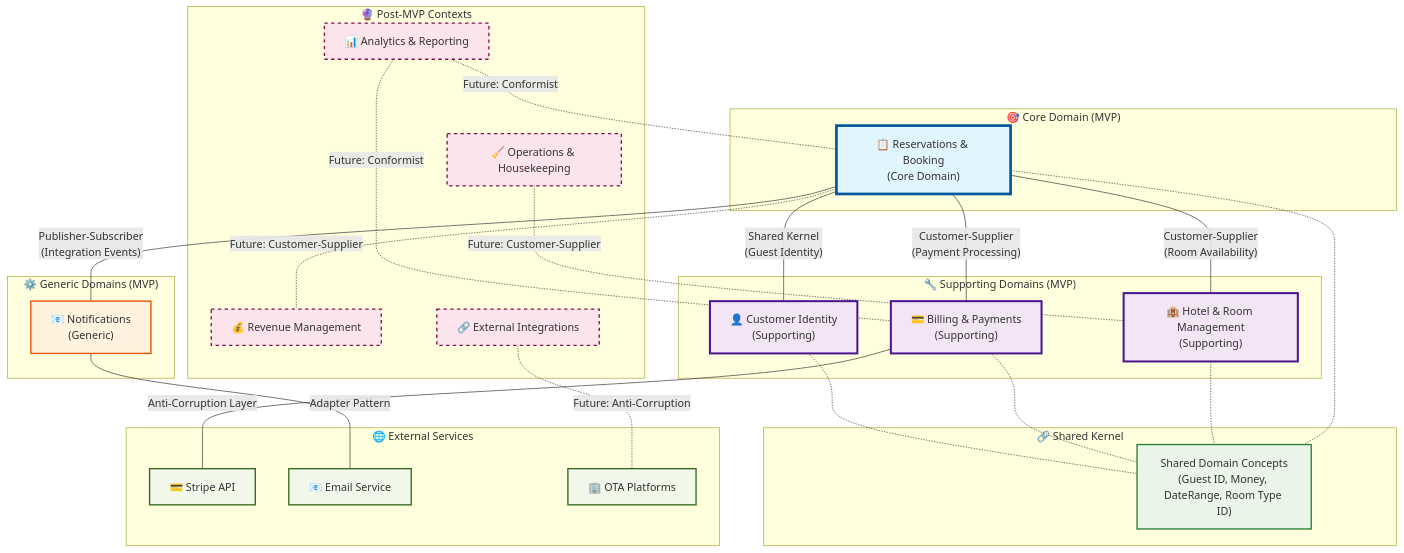
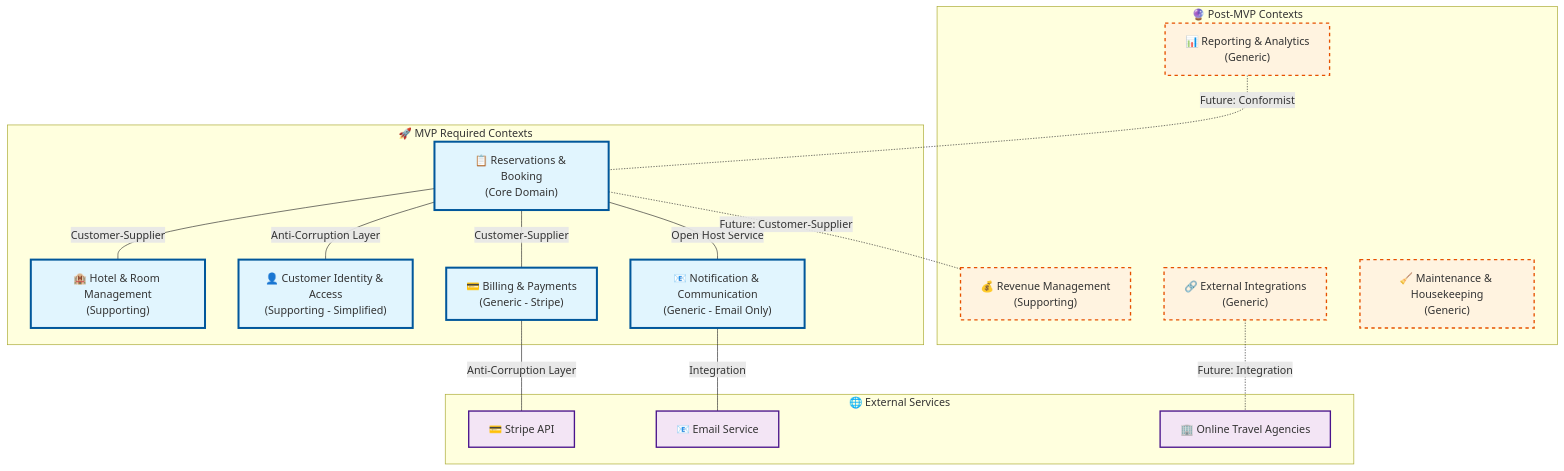
One commit to boonyarit-iamsaard/hotel-booking-system changed the diagram in docs/architecture/01-strategic-design.md. Above: the diagram before and after it, drawn with Mermaid. The commit also changed other lines of this file and 7 other files, not shown here.

Commit message:
docs: rewrite architecture docs

````diff
--- a/docs/architecture/01-strategic-design.md
+++ b/docs/architecture/01-strategic-design.md
@@ -107,77 +108,47 @@
 ```mermaid
 graph TB
-    %% Core Domain
-    subgraph "🎯 Core Domain (MVP)"
-        RES["📋 Reservations & Booking<br/>(Core Domain)"]
-    end
-
-    %% Supporting Domains
-    subgraph "🔧 Supporting Domains (MVP)"
-        INV["🏨 Hotel & Room Management<br/>(Supporting)"]
-        BILL["💳 Billing & Payments<br/>(Supporting)"]
-        GUEST["👤 Customer Identity<br/>(Supporting)"]
-    end
-
-    %% Generic Domains
-    subgraph "⚙️ Generic Domains (MVP)"
-        NOTIF["📧 Notifications<br/>(Generic)"]
-    end
-
-    %% Shared Kernel
-    subgraph "🔗 Shared Kernel"
-        SHARED["Shared Domain Concepts<br/>(Guest ID, Money, DateRange, Room Type ID)"]
+    %% MVP Required Contexts
+    subgraph MVP["🚀 MVP Required Contexts"]
+        RB["📋 Reservations & Booking<br/>(Core Domain)"]
+        HRM["🏨 Hotel & Room Management<br/>(Supporting)"]
+        CIA["👤 Customer Identity & Access<br/>(Supporting - Simplified)"]
+        BP["💳 Billing & Payments<br/>(Generic - Stripe)"]
+        NC["📧 Notification & Communication<br/>(Generic - Email Only)"]
     end
 
     %% Post-MVP Contexts
-    subgraph "🔮 Post-MVP Contexts"
-        REV["💰 Revenue Management"]
-        ANALYTICS["📊 Analytics & Reporting"]
-        INTEGRATIONS["🔗 External Integrations"]
-        OPS["🧹 Operations & Housekeeping"]
+    subgraph PostMVP["🔮 Post-MVP Contexts"]
+        RM["💰 Revenue Management<br/>(Supporting)"]
+        RA["📊 Reporting & Analytics<br/>(Generic)"]
+        EI["🔗 External Integrations<br/>(Generic)"]
+        MH["🧹 Maintenance & Housekeeping<br/>(Generic)"]
     end
 
     %% External Services
-    subgraph "🌐 External Services"
-        STRIPE["💳 Stripe API"]
-        EMAIL["📧 Email Service"]
-        OTA["🏢 OTA Platforms"]
+    subgraph External["🌐 External Services"]
+        Stripe["💳 Stripe API"]
+        Email["📧 Email Service"]
+        OTA["🏢 Online Travel Agencies"]
     end
 
-    %% MVP Relationships (Solid lines)
-    RES ---|"Customer-Supplier<br/>(Room Availability)"| INV
-    RES ---|"Customer-Supplier<br/>(Payment Processing)"| BILL
-    RES ---|"Shared Kernel<br/>(Guest Identity)"| GUEST
-    RES ---|"Publisher-Subscriber<br/>(Integration Events)"| NOTIF
-
-    %% Shared Kernel relationships
-    RES -.- SHARED
-    INV -.- SHARED
-    BILL -.- SHARED
-    GUEST -.- SHARED
-
-    %% External integrations (MVP)
-    BILL ---|"Anti-Corruption Layer"| STRIPE
-    NOTIF ---|"Adapter Pattern"| EMAIL
+    %% MVP Relationships
+    RB ---|"Customer-Supplier"| HRM
+    RB ---|"Anti-Corruption Layer"| CIA
+    RB ---|"Customer-Supplier"| BP
+    RB ---|"Open Host Service"| NC
+    BP ---|"Anti-Corruption Layer"| Stripe
+    NC ---|"Integration"| Email
 
     %% Post-MVP Relationships (Dashed lines)
-    RES -.-|"Future: Customer-Supplier"| REV
-    ANALYTICS -.-|"Future: Conformist"| RES
-    ANALYTICS -.-|"Future: Conformist"| BILL
-    INTEGRATIONS -.-|"Future: Anti-Corruption"| OTA
-    OPS -.-|"Future: Customer-Supplier"| INV
+    RB -.-|"Future: Customer-Supplier"| RM
+    RA -.-|"Future: Conformist"| RB
+    EI -.-|"Future: Integration"| OTA
 
-    %% Styling
-    classDef core fill:#e1f5fe,stroke:#01579b,stroke-width:4px
-    classDef supporting fill:#f3e5f5,stroke:#4a148c,stroke-width:3px
-    classDef generic fill:#fff3e0,stroke:#e65100,stroke-width:2px
-    classDef shared fill:#e8f5e8,stroke:#2e7d32,stroke-width:2px
-    classDef postMvp fill:#fce4ec,stroke:#880e4f,stroke-width:2px,stroke-dasharray: 5 5
-    classDef external fill:#f1f8e9,stroke:#33691e,stroke-width:2px
+    classDef mvpStyle fill:#e1f5fe,stroke:#01579b,stroke-width:3px
+    classDef postMvpStyle fill:#fff3e0,stroke:#e65100,stroke-width:2px,stroke-dasharray: 5 5
+    classDef externalStyle fill:#f3e5f5,stroke:#4a148c,stroke-width:2px
 
-    class RES core
-    class INV,BILL,GUEST supporting
-    class NOTIF generic
-    class SHARED shared
-    class REV,ANALYTICS,INTEGRATIONS,OPS postMvp
-    class STRIPE,EMAIL,OTA external
+    class RB,HRM,CIA,BP,NC mvpStyle
+    class RM,RA,EI,MH postMvpStyle
+    class Stripe,Email,OTA externalStyle
 ```
````
